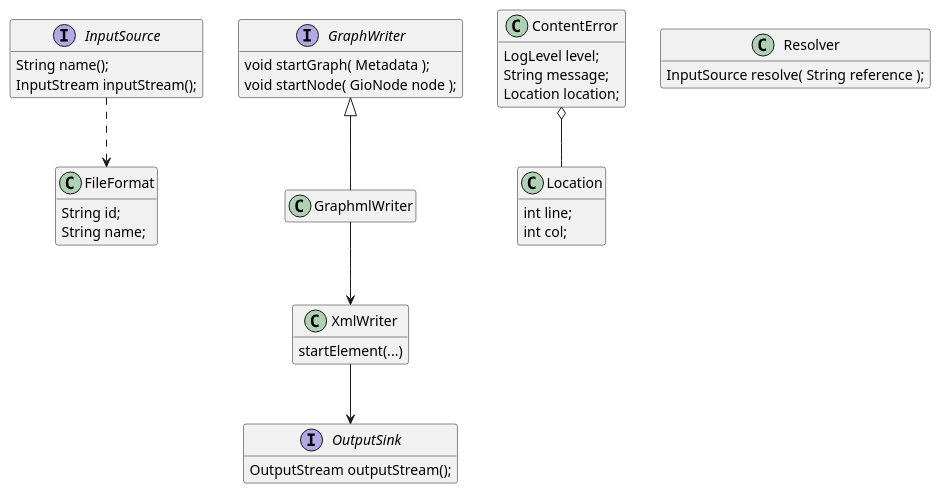
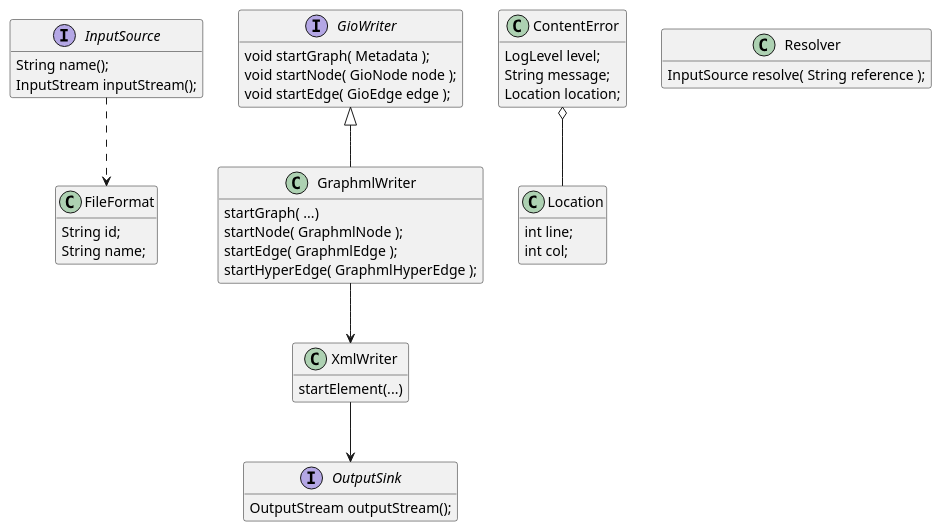
Before and after one commit to Calpano/graphinout: the fifth of 6 diagrams in architecture.adoc, drawn with PlantUML. The commit also changed other lines of this file, not shown here.

Commit message:
improve architecture doc

```diff
--- a/architecture.adoc
+++ b/architecture.adoc
@@ -115,41 +159,46 @@
 [plantuml, base,svg]
 ....
 hide empty members
 interface InputSource {
     String name();
     InputStream inputStream();
 }
 interface OutputSink {
     OutputStream outputStream();
 }
-interface GraphWriter {
+interface GioWriter {
     void startGraph( Metadata );
     void startNode( GioNode node );
+    void startEdge( GioEdge edge );
 }
 class FileFormat {
     String id;
     String name;
 }
 class ContentError {
     LogLevel level;
     String message;
     Location location;
 }
 class Location {
     int line;
     int col;
 }
 class Resolver {
     InputSource resolve( String reference );
 }
 ContentError o-- Location
 InputSource ..> FileFormat
 class GraphmlWriter {
+    startGraph( ...)
+    startNode( GraphmlNode );
+    startEdge( GraphmlEdge );
+    startHyperEdge( GraphmlHyperEdge );
 }
-GraphWriter <|-- GraphmlWriter
+GioWriter <|-- GraphmlWriter
 GraphmlWriter --> XmlWriter
 class XmlWriter {
     startElement(...)
 }
 XmlWriter --> OutputSink
 ....
```
